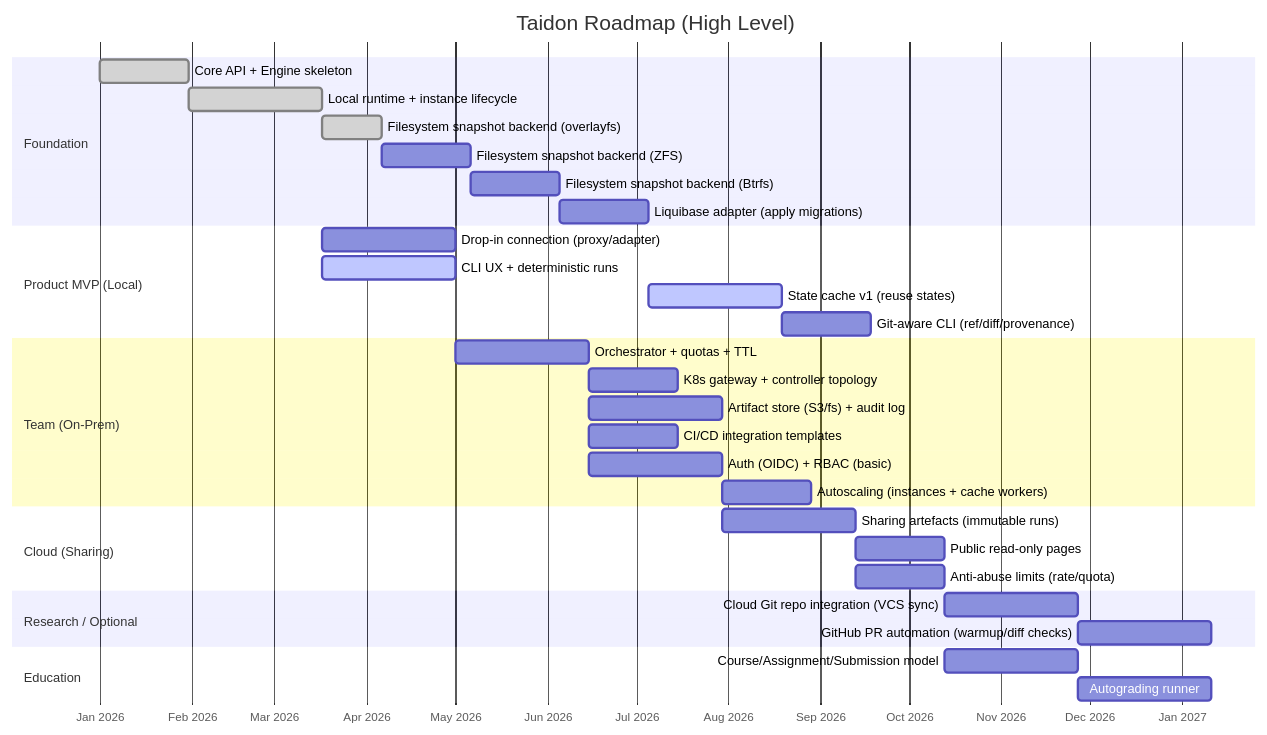
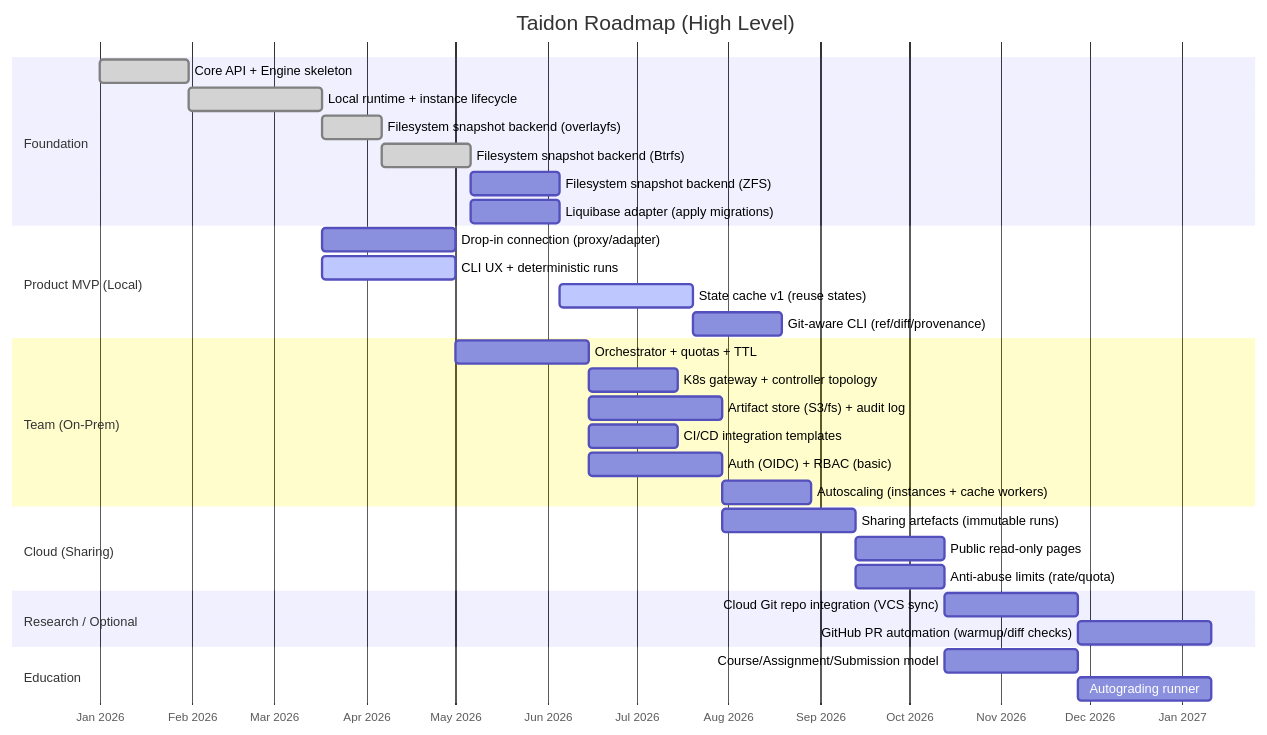
One commit to kimak-irmagi/taidon changed the diagram in docs/roadmap.md. Above: the diagram before and after it, drawn with Mermaid. The commit also changed other lines of this file and 1 other file, not shown here.

Commit message:
Btrfs status reflected in roadmap

````diff
--- a/docs/roadmap.md
+++ b/docs/roadmap.md
@@ -26,41 +26,41 @@
 ```mermaid
 gantt
     title Taidon Roadmap (High Level)
     dateFormat  YYYY-MM-DD
     axisFormat  %b %Y
 
     section Foundation
     Core API + Engine skeleton                 :done, a1, 2026-01-01, 30d
     Local runtime + instance lifecycle         :done, a2, after a1, 45d
     Filesystem snapshot backend (overlayfs)    :done, a2fs, after a2, 20d
-    Filesystem snapshot backend (ZFS)          :a2z, after a2fs, 30d
-    Filesystem snapshot backend (Btrfs)        :a2b, after a2z, 30d
+    Filesystem snapshot backend (Btrfs)        :done, a2b, after a2fs, 30d
+    Filesystem snapshot backend (ZFS)          :a2z, after a2b, 30d
     Liquibase adapter (apply migrations)       :a3, after a2b, 30d
 
     section Product MVP (Local)
     Drop-in connection (proxy/adapter)         :b1, after a2, 45d
     CLI UX + deterministic runs                :active, b2, after a2, 45d
     State cache v1 (reuse states)              :active, b3, after a3, 45d
     Git-aware CLI (ref/diff/provenance)        :b4, after b3, 30d
 
     section Team (On-Prem)
     Orchestrator + quotas + TTL                :c1, after b2, 45d
     K8s gateway + controller topology          :c6, after c1, 30d
     Artifact store (S3/fs) + audit log         :c2, after c1, 45d
     CI/CD integration templates                :c3, after c1, 30d
     Auth (OIDC) + RBAC (basic)                 :c4, after c1, 45d
     Autoscaling (instances + cache workers)    :c5, after c2, 30d
 
     section Cloud (Sharing)
     Sharing artefacts (immutable runs)         :d1, after c2, 45d
     Public read-only pages                     :d2, after d1, 30d
     Anti-abuse limits (rate/quota)             :d3, after d1, 30d
 
     section Research / Optional
     Cloud Git repo integration (VCS sync)      :o1, after d2, 45d
     GitHub PR automation (warmup/diff checks)  :o2, after o1, 45d
 
     section Education
     Course/Assignment/Submission model         :e1, after d2, 45d
     Autograding runner                         :e2, after e1, 45d
 ```
````
